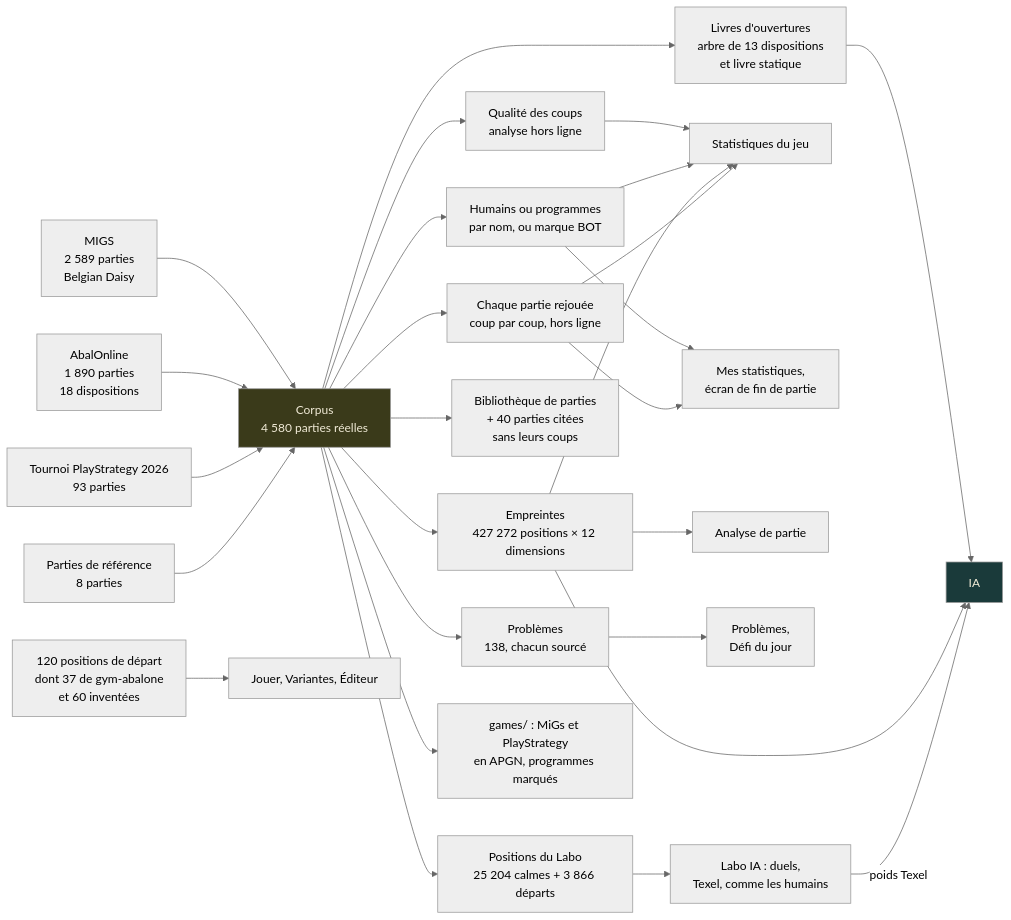
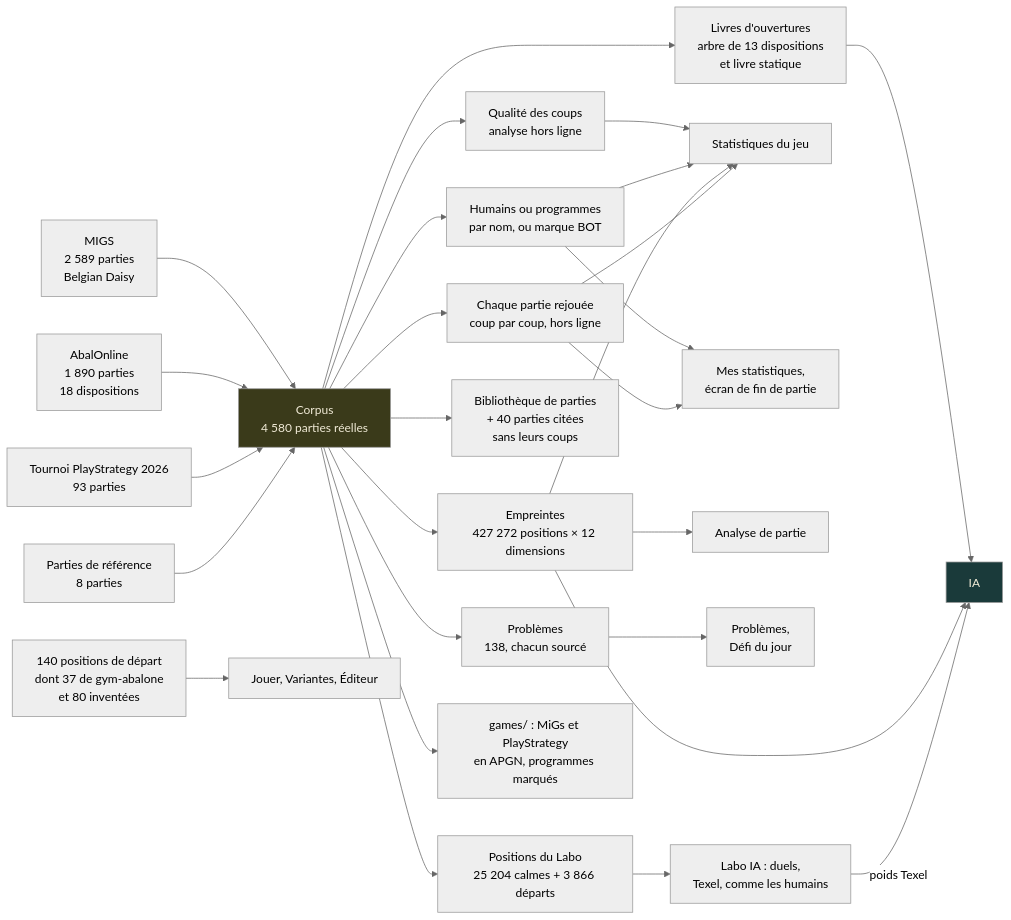
One commit to ocj94/Abalassembly changed the second of 3 diagrams in docs-fr/Architecture.fr.md. Above: the diagram before and after it, drawn with Mermaid (neutral theme). The commit also changed other lines of this file and 17 other files, not shown here.

````diff
--- a/docs-fr/Architecture.fr.md
+++ b/docs-fr/Architecture.fr.md
@@ -61,34 +61,34 @@
 ```mermaid
 flowchart LR
     S1[MIGS<br/>2 589 parties<br/>Belgian Daisy] --> C[Corpus<br/>4 580 parties réelles]
     S2[AbalOnline<br/>1 890 parties<br/>18 dispositions] --> C
     S3[Tournoi PlayStrategy 2026<br/>93 parties] --> C
     S4[Parties de référence<br/>8 parties] --> C
 
     C --> O[Livres d'ouvertures<br/>arbre de 13 dispositions<br/>et livre statique]
     C --> E[Empreintes<br/>427 272 positions × 12 dimensions]
     C --> R[Chaque partie rejouée<br/>coup par coup, hors ligne]
     C --> P[Problèmes<br/>138, chacun sourcé]
     C --> LP[Positions du Labo<br/>25 204 calmes + 3 866 départs]
     C --> L[Bibliothèque de parties<br/>+ 40 parties citées<br/>sans leurs coups]
     C --> Q[Qualité des coups<br/>analyse hors ligne]
     C --> HP[Humains ou programmes<br/>par nom, ou marque BOT]
     C --> AP[games/ : MiGs et PlayStrategy<br/>en APGN, programmes marqués]
-    D[120 positions de départ<br/>dont 37 de gym-abalone<br/>et 60 inventées] --> V[Jouer, Variantes, Éditeur]
+    D[140 positions de départ<br/>dont 37 de gym-abalone<br/>et 80 inventées] --> V[Jouer, Variantes, Éditeur]
     Q --> ST
     HP --> ST
     HP --> MS
 
     O --> AI[IA]
     E --> AI
     E --> AN[Analyse de partie]
     E --> ST[Statistiques du jeu]
     R --> ST
     R --> MS[Mes statistiques,<br/>écran de fin de partie]
     P --> PB[Problèmes,<br/>Défi du jour]
     LP --> LAB[Labo IA : duels,<br/>Texel, comme les humains]
     LAB -->|poids Texel| AI
 
     style C fill:#3a3a1a,color:#f0ead6
     style AI fill:#1a3a3a,color:#f0ead6
 ```
````
